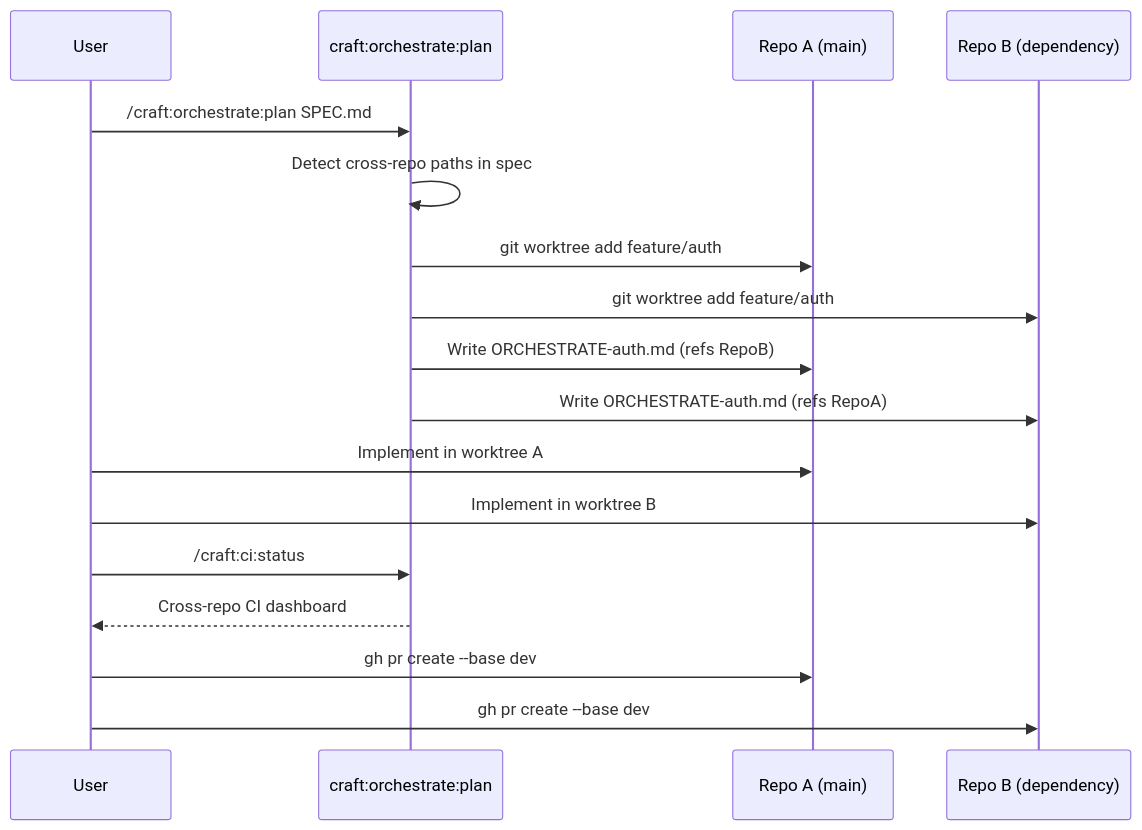
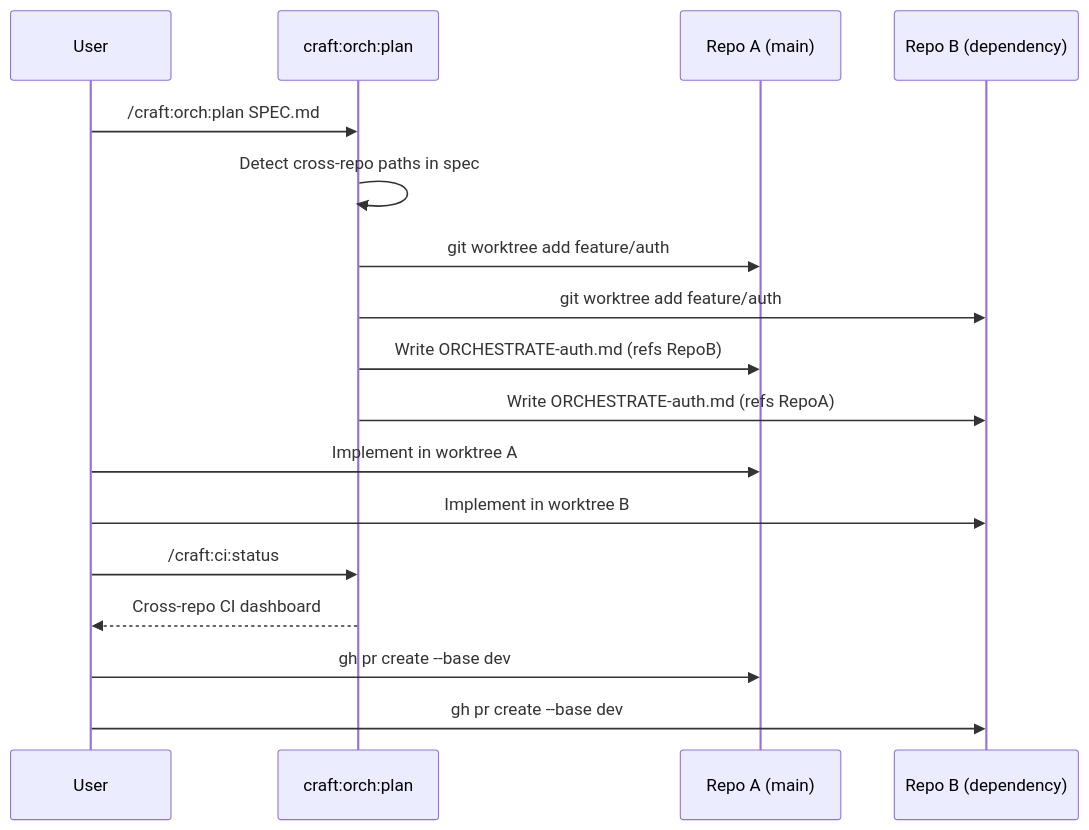
Before and after one commit to Data-Wise/craft: the diagram in docs/guide/multi-repo-workflow.md, drawn with Mermaid. The commit also changed other lines of this file and 98 other files, not shown here.

````diff
--- a/docs/guide/multi-repo-workflow.md
+++ b/docs/guide/multi-repo-workflow.md
@@ -188,20 +188,20 @@
 ```mermaid
 sequenceDiagram
     participant User
-    participant Craft as craft:orchestrate:plan
+    participant Craft as craft:orch:plan
     participant RepoA as Repo A (main)
     participant RepoB as Repo B (dependency)
 
-    User->>Craft: /craft:orchestrate:plan SPEC.md
+    User->>Craft: /craft:orch:plan SPEC.md
     Craft->>Craft: Detect cross-repo paths in spec
     Craft->>RepoA: git worktree add feature/auth
     Craft->>RepoB: git worktree add feature/auth
     Craft->>RepoA: Write ORCHESTRATE-auth.md (refs RepoB)
     Craft->>RepoB: Write ORCHESTRATE-auth.md (refs RepoA)
     User->>RepoA: Implement in worktree A
     User->>RepoB: Implement in worktree B
     User->>Craft: /craft:ci:status
     Craft-->>User: Cross-repo CI dashboard
     User->>RepoA: gh pr create --base dev
     User->>RepoB: gh pr create --base dev
 ```
````
